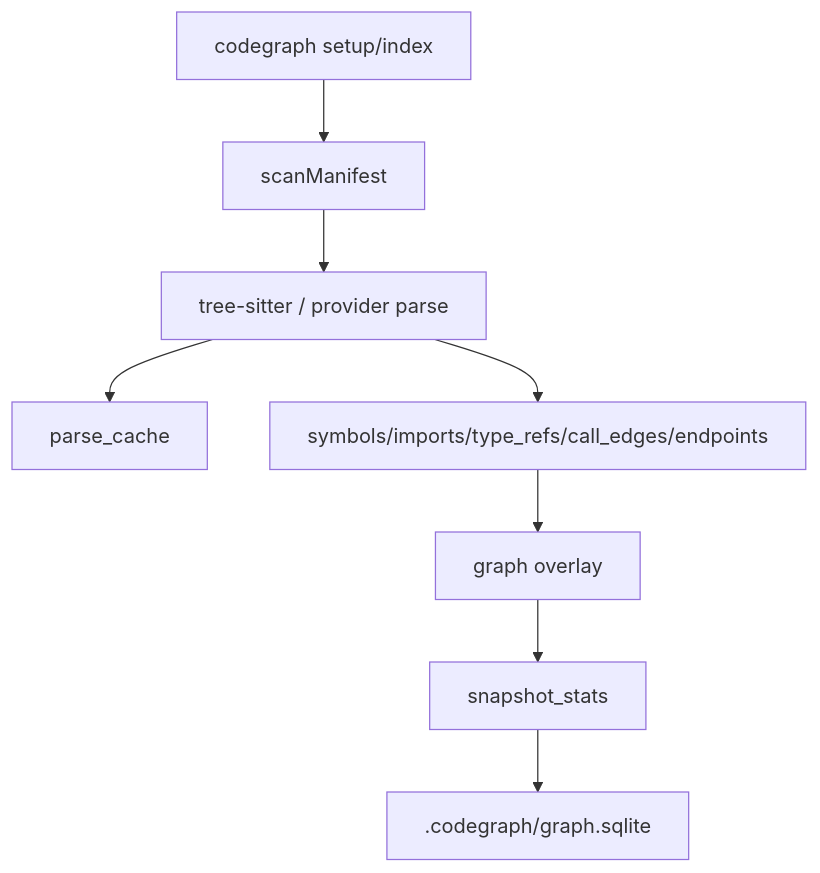
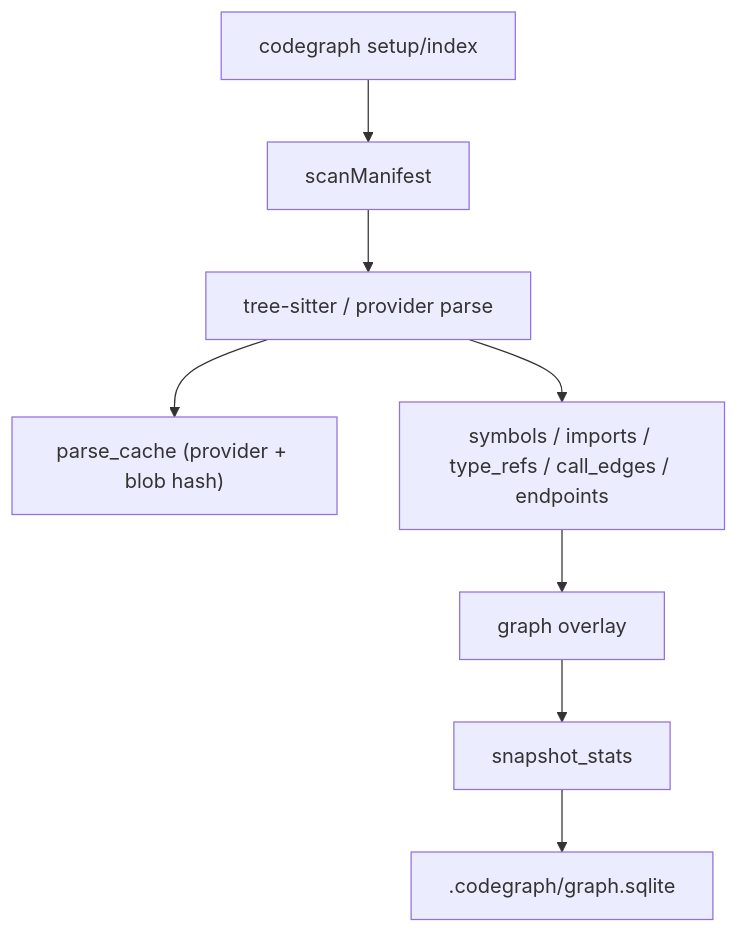
Before and after one commit to vndkubi/code-graph: the second of 2 diagrams in docs/ARCHITECTURE.md, drawn with Mermaid. The commit also changed other lines of this file and 21 other files, not shown here.

First line of the commit message:
@ docs: replace docs/ with a fresh fused-architecture doc set

````diff
--- a/docs/ARCHITECTURE.md
+++ b/docs/ARCHITECTURE.md
@@ -70,10 +86,10 @@
 ```mermaid
 flowchart TD
   CLI["codegraph setup/index"] --> Manifest["scanManifest"]
   Manifest --> Parser["tree-sitter / provider parse"]
-  Parser --> Cache["parse_cache"]
-  Parser --> Facts["symbols/imports/type_refs/call_edges/endpoints"]
+  Parser --> Cache["parse_cache (provider + blob hash)"]
+  Parser --> Facts["symbols / imports / type_refs / call_edges / endpoints"]
   Facts --> Overlay["graph overlay"]
   Overlay --> Stats["snapshot_stats"]
   Stats --> SQLite[".codegraph/graph.sqlite"]
 ```
````
